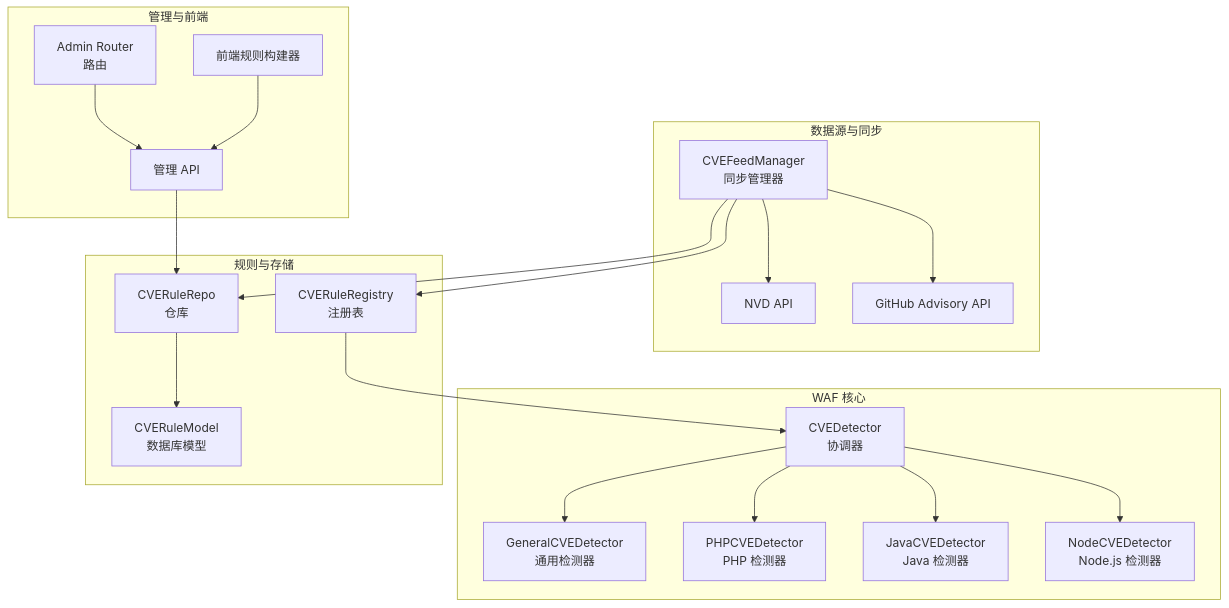
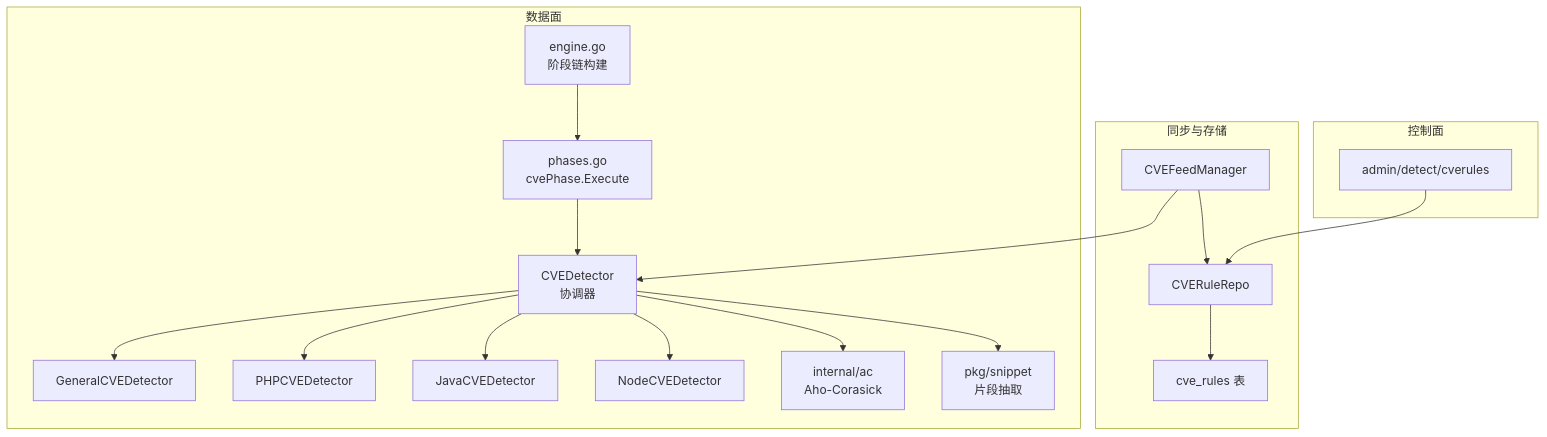
One commit to x01n/My-OpenWaf changed the first of 4 diagrams in docs/安全防护功能/CVE 漏洞检测/CVE 漏洞检测.md. Above: the diagram before and after it, drawn with Mermaid. The commit also changed other lines of this file and 622 other files, not shown here.

````diff
--- a/docs/安全防护功能/CVE 漏洞检测/CVE 漏洞检测.md
+++ b/docs/安全防护功能/CVE 漏洞检测/CVE 漏洞检测.md
@@ -42,38 +64,32 @@
 ```mermaid
 graph TB
-subgraph "WAF 核心"
-CVEDetector["CVEDetector<br/>协调器"]
-General["GeneralCVEDetector<br/>通用检测器"]
-PHP["PHPCVEDetector<br/>PHP 检测器"]
-Java["JavaCVEDetector<br/>Java 检测器"]
-Node["NodeCVEDetector<br/>Node.js 检测器"]
+subgraph "数据面"
+ENGINE["engine.go<br/>阶段链构建"]
+PHASE["phases.go<br/>cvePhase.Execute"]
+DET["CVEDetector<br/>协调器"]
+G["GeneralCVEDetector"]
+P["PHPCVEDetector"]
+J["JavaCVEDetector"]
+N["NodeCVEDetector"]
+AC["internal/ac<br/>Aho-Corasick"]
+SNIP["pkg/snippet<br/>片段抽取"]
 end
-subgraph "规则与存储"
-Registry["CVERuleRegistry<br/>注册表"]
-Repo["CVERuleRepo<br/>仓库"]
-Model["CVERuleModel<br/>数据库模型"]
+subgraph "同步与存储"
+FEED["CVEFeedManager"]
+REPO["CVERuleRepo"]
+DB["cve_rules 表"]
 end
-subgraph "数据源与同步"
-FeedMgr["CVEFeedManager<br/>同步管理器"]
-NVD["NVD API"]
-GH["GitHub Advisory API"]
+subgraph "控制面"
+ADMIN["admin/detect/cverules"]
 end
-subgraph "管理与前端"
-Router["Admin Router<br/>路由"]
-API["管理 API"]
-FE["前端规则构建器"]
-end
-CVEDetector --> General
-CVEDetector --> PHP
-CVEDetector --> Java
-CVEDetector --> Node
-FeedMgr --> Repo
-Repo --> Model
-FeedMgr --> Registry
-Registry --> CVEDetector
-FeedMgr --> NVD
-FeedMgr --> GH
-Router --> API
-API --> Repo
-FE --> API
+ENGINE --> PHASE --> DET
+DET --> G
+DET --> P
+DET --> J
+DET --> N
+DET --> AC
+DET --> SNIP
+FEED --> REPO --> DB
+ADMIN --> REPO
+FEED --> DET
 ```
````
